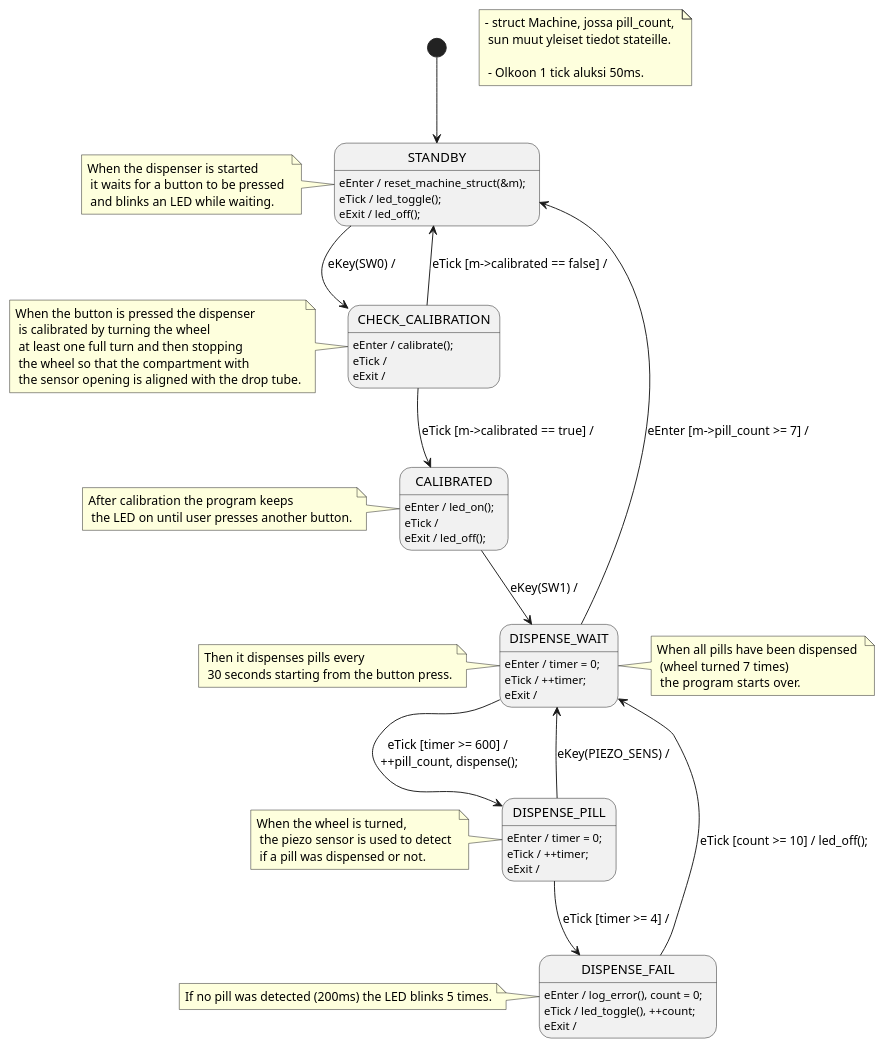
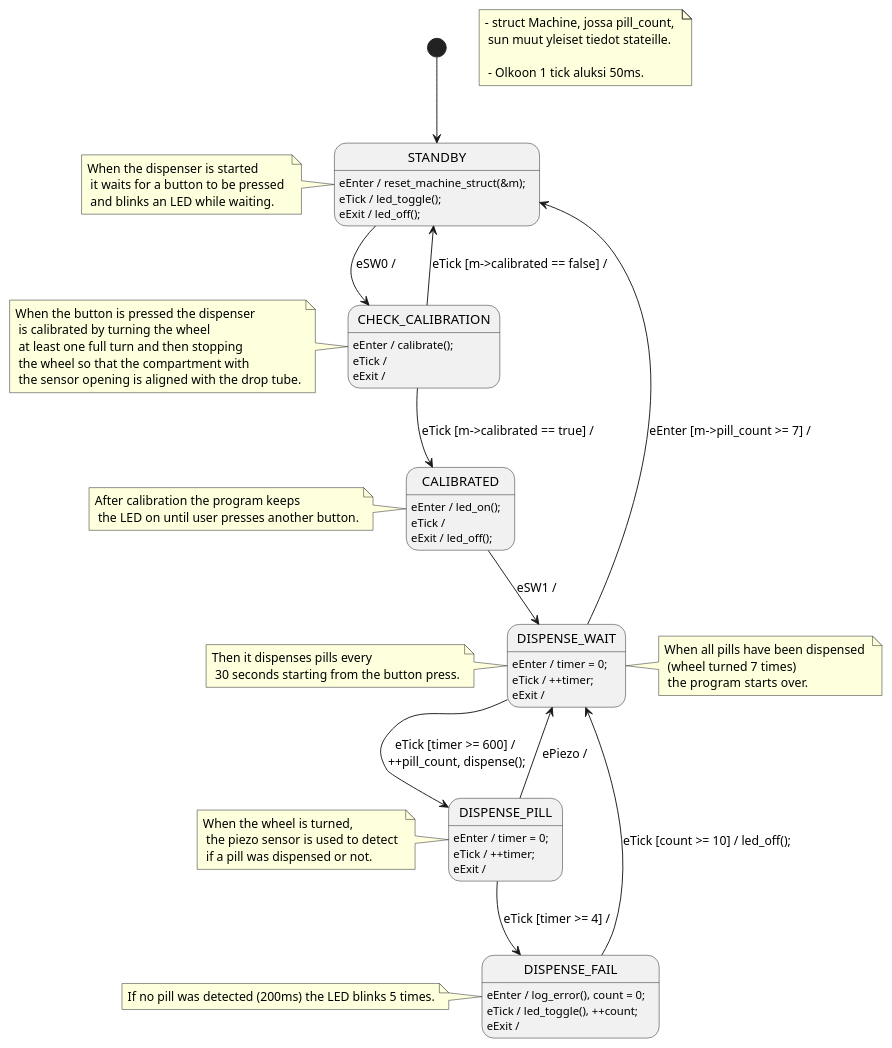
One commit to aleksanteril/LAAKKEET changed the diagram in minimum_state_diagram.puml. Above: the diagram before and after it, drawn with PlantUML. The commit also changed 6 other files, not shown here.

```diff
--- a/minimum_state_diagram.puml
+++ b/minimum_state_diagram.puml
@@ -1,52 +1,52 @@
 @startuml Minimum State Machine
 
 [*] --> STANDBY
 STANDBY : eEnter / reset_machine_struct(&m);
 STANDBY : eTick / led_toggle();
 STANDBY : eExit / led_off();
-STANDBY --> CHECK_CALIBRATION : eKey(SW0) /
+STANDBY --> CHECK_CALIBRATION : eSW0 /
 
 
 note "- struct Machine, jossa pill_count, \n sun muut yleiset tiedot stateille. \n \n - Olkoon 1 tick aluksi 50ms." as N1
 note left of STANDBY : When the dispenser is started \n it waits for a button to be pressed \n and blinks an LED while waiting.
 
 CHECK_CALIBRATION : eEnter / calibrate();
 CHECK_CALIBRATION : eTick / 
 CHECK_CALIBRATION : eExit /
 CHECK_CALIBRATION --> STANDBY : eTick [m->calibrated == false] /
 CHECK_CALIBRATION --> CALIBRATED : eTick [m->calibrated == true] /
 
 note left of CHECK_CALIBRATION : When the button is pressed the dispenser \n is calibrated by turning the wheel \n at least one full turn and then stopping \n the wheel so that the compartment with \n the sensor opening is aligned with the drop tube.
 
 CALIBRATED : eEnter / led_on();
 CALIBRATED : eTick /
 CALIBRATED : eExit / led_off();
-CALIBRATED --> DISPENSE_WAIT : eKey(SW1) /
+CALIBRATED --> DISPENSE_WAIT : eSW1 /
 
 note left of CALIBRATED : After calibration the program keeps \n the LED on until user presses another button.
 
 DISPENSE_WAIT : eEnter / timer = 0;
 DISPENSE_WAIT : eTick / ++timer;
 DISPENSE_WAIT : eExit / 
 DISPENSE_WAIT --> DISPENSE_PILL : eTick [timer >= 600] / \n++pill_count, dispense();
 DISPENSE_WAIT --> STANDBY : eEnter [m->pill_count >= 7] /
 
 note left of DISPENSE_WAIT : Then it dispenses pills every \n 30 seconds starting from the button press.
 note right of DISPENSE_WAIT : When all pills have been dispensed \n (wheel turned 7 times) \n the program starts over.
 
 DISPENSE_PILL : eEnter / timer = 0;
 DISPENSE_PILL : eTick / ++timer;
 DISPENSE_PILL : eExit /
-DISPENSE_PILL --> DISPENSE_WAIT : eKey(PIEZO_SENS) / 
+DISPENSE_PILL --> DISPENSE_WAIT : ePiezo / 
 DISPENSE_PILL --> DISPENSE_FAIL : eTick [timer >= 4] /
 
 note left of DISPENSE_PILL : When the wheel is turned, \n the piezo sensor is used to detect \n if a pill was dispensed or not.
 
 DISPENSE_FAIL : eEnter / log_error(), count = 0;
 DISPENSE_FAIL : eTick / led_toggle(), ++count;
 DISPENSE_FAIL : eExit / 
 DISPENSE_FAIL --> DISPENSE_WAIT : eTick [count >= 10] / led_off();
 
 note left of DISPENSE_FAIL : If no pill was detected (200ms) the LED blinks 5 times.
 
 @enduml
```
